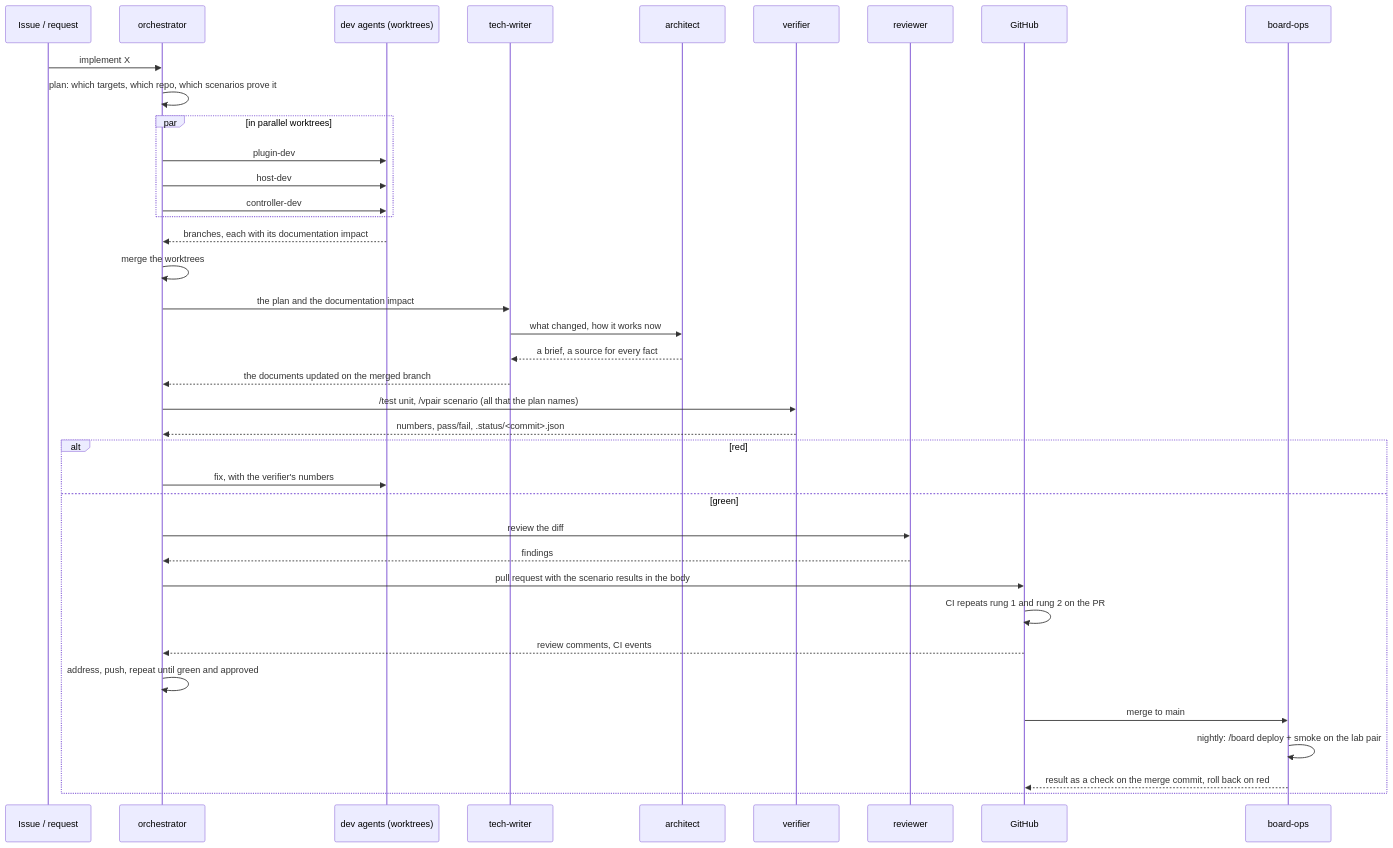
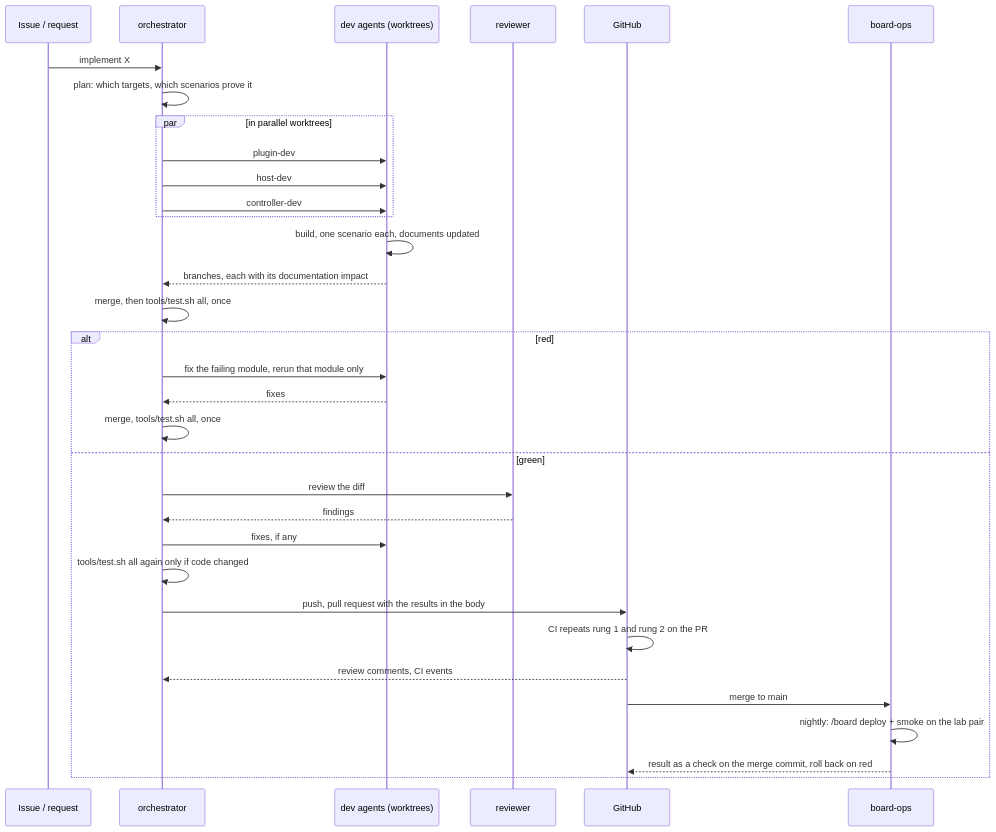
Before and after one commit to AMuszkat/bpi_amp_platform: the sixth of 6 diagrams in docs/autonomous-development.md, drawn with Mermaid. The commit also changed other lines of this file and 13 other files, not shown here.

First line of the commit message:
agents, hooks: minimal tests during development, the full suite once before the push

````diff
--- a/docs/autonomous-development.md
+++ b/docs/autonomous-development.md
@@ -416,40 +412,35 @@
 ```mermaid
 sequenceDiagram
     participant I as Issue / request
     participant O as orchestrator
     participant D as dev agents (worktrees)
-    participant W as tech-writer
-    participant A as architect
-    participant V as verifier
     participant R as reviewer
     participant G as GitHub
     participant B as board-ops
     I->>O: implement X
-    O->>O: plan: which targets, which repo, which scenarios prove it
+    O->>O: plan: which targets, which scenarios prove it
     par in parallel worktrees
         O->>D: plugin-dev
         O->>D: host-dev
         O->>D: controller-dev
     end
+    D->>D: build, one scenario each, documents updated
     D-->>O: branches, each with its documentation impact
-    O->>O: merge the worktrees
-    O->>W: the plan and the documentation impact
-    W->>A: what changed, how it works now
-    A-->>W: a brief, a source for every fact
-    W-->>O: the documents updated on the merged branch
-    O->>V: /test unit, /vpair scenario (all that the plan names)
-    V-->>O: numbers, pass/fail, .status/<commit>.json
+    O->>O: merge, then tools/test.sh all, once
     alt red
-        O->>D: fix, with the verifier's numbers
+        O->>D: fix the failing module, rerun that module only
+        D-->>O: fixes
+        O->>O: merge, tools/test.sh all, once
     else green
         O->>R: review the diff
         R-->>O: findings
-        O->>G: pull request with the scenario results in the body
+        O->>D: fixes, if any
+        O->>O: tools/test.sh all again only if code changed
+        O->>G: push, pull request with the results in the body
         G->>G: CI repeats rung 1 and rung 2 on the PR
         G-->>O: review comments, CI events
-        O->>O: address, push, repeat until green and approved
         G->>B: merge to main
         B->>B: nightly: /board deploy + smoke on the lab pair
         B-->>G: result as a check on the merge commit, roll back on red
     end
 ```
````
